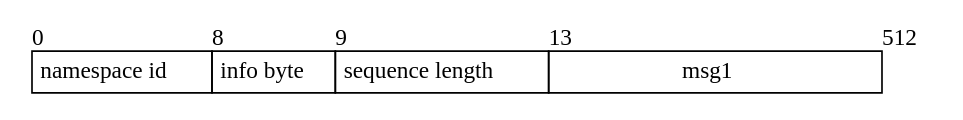
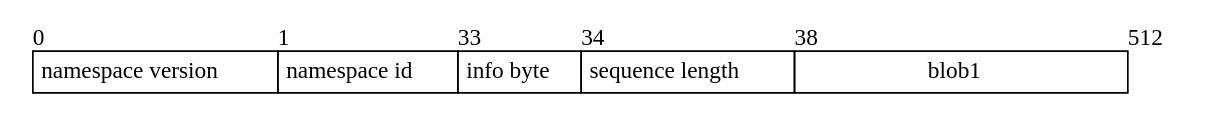
One commit to celestiaorg/celestia-app changed the diagram in specs/src/specs/figures/sparse_start_share.dot. Above: the diagram before and after it, drawn with Graphviz. The commit also changed 8 other files, not shown here.

```diff
--- a/specs/src/specs/figures/sparse_start_share.dot
+++ b/specs/src/specs/figures/sparse_start_share.dot
@@ -1,21 +1,23 @@
 digraph G {
     node [shape = record, penwidth = 0];
 
     share [label=<
     <table border="0" cellborder="1" cellspacing="0">
         <tr>
             <td align="left" border="0" cellpadding="0">0</td>
-            <td align="left" border="0" cellpadding="0">8</td>
-            <td align="left" border="0" cellpadding="0">9</td>
-            <td align="left" border="0" cellpadding="0">13</td>
+            <td align="left" border="0" cellpadding="0">1</td>
+            <td align="left" border="0" cellpadding="0">33</td>
+            <td align="left" border="0" cellpadding="0">34</td>
+            <td align="left" border="0" cellpadding="0">38</td>
             <td align="left" border="0" cellpadding="0">512</td>
         </tr>
         <tr>
+            <td width="8" cellpadding="4">namespace version</td>
             <td width="8" cellpadding="4">namespace id</td>
             <td width="1" cellpadding="4">info byte</td>
             <td width="4" cellpadding="4">sequence length</td>
-            <td width="200" cellpadding="4">msg1</td>
+            <td width="200" cellpadding="4">blob1</td>
         </tr>
     </table>
     >];
 }
```
